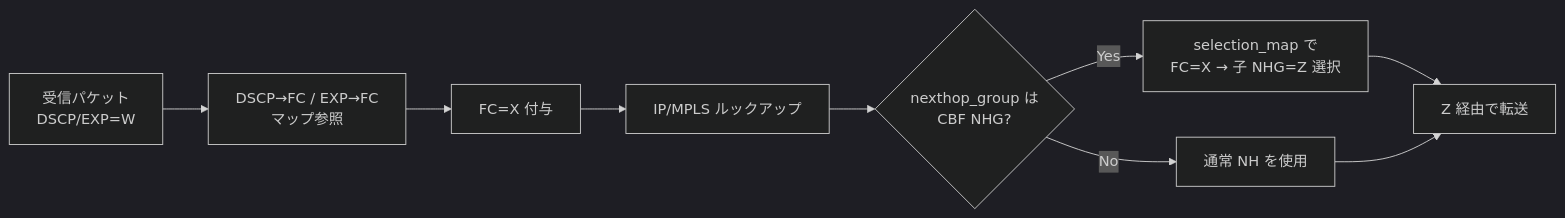
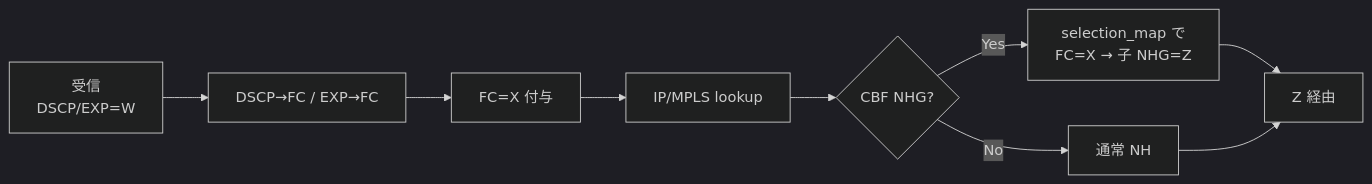
Before and after one commit to aoki-taquan/sonic-unofficial-docs: the diagram in docs/routing/class-based-forwarding-enhancement.md, drawn with Mermaid (dark theme). The commit also changed other lines of this file and 7 other files, not shown here.

````diff
--- a/docs/routing/class-based-forwarding-enhancement.md
+++ b/docs/routing/class-based-forwarding-enhancement.md
@@ -35,11 +31,11 @@
 ```mermaid
 flowchart LR
-  P[受信パケット<br>DSCP/EXP=W] --> M[DSCP→FC / EXP→FC<br>マップ参照]
+  P[受信<br>DSCP/EXP=W] --> M[DSCP→FC / EXP→FC]
   M --> FC[FC=X 付与]
-  FC --> RT[IP/MPLS ルックアップ]
-  RT --> CHK{nexthop_group は<br>CBF NHG?}
-  CHK -->|Yes| SEL[selection_map で<br>FC=X → 子 NHG=Z 選択]
-  CHK -->|No| NORM[通常 NH を使用]
-  SEL --> FWD[Z 経由で転送]
+  FC --> RT[IP/MPLS lookup]
+  RT --> CHK{CBF NHG?}
+  CHK -->|No| NORM[通常 NH]
+  CHK -->|Yes| SEL[selection_map で<br>FC=X → 子 NHG=Z]
+  SEL --> FWD[Z 経由]
   NORM --> FWD
 ```
````
